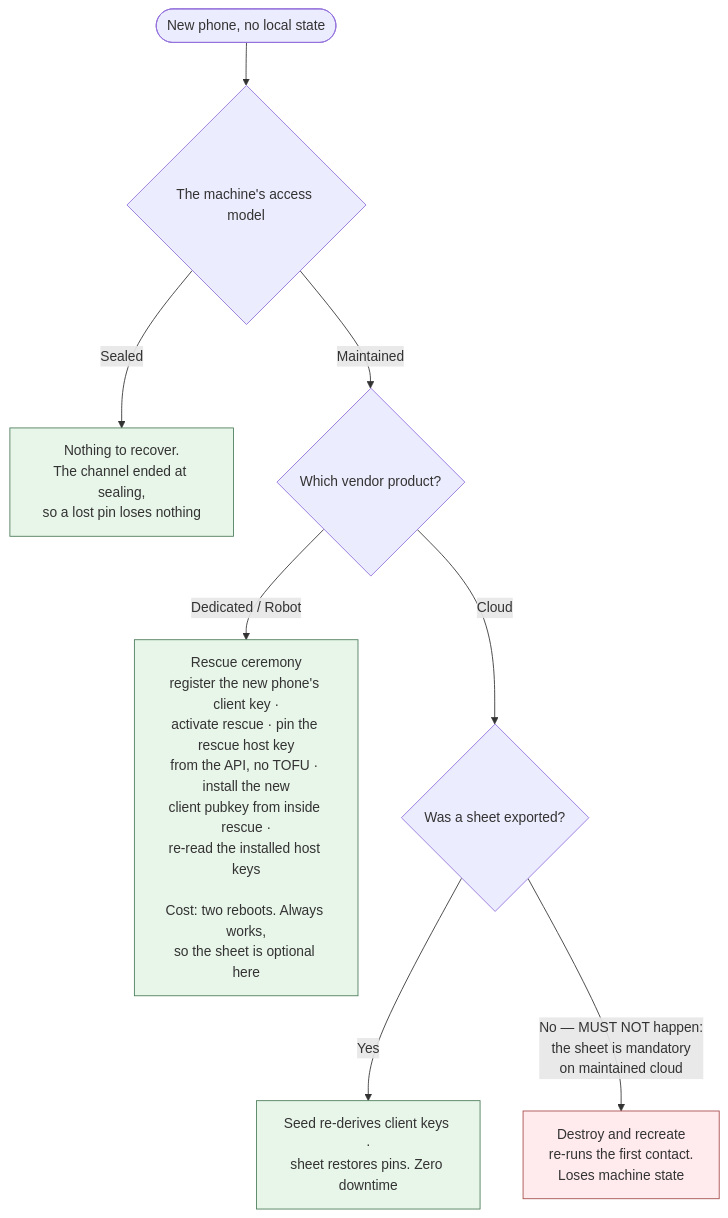
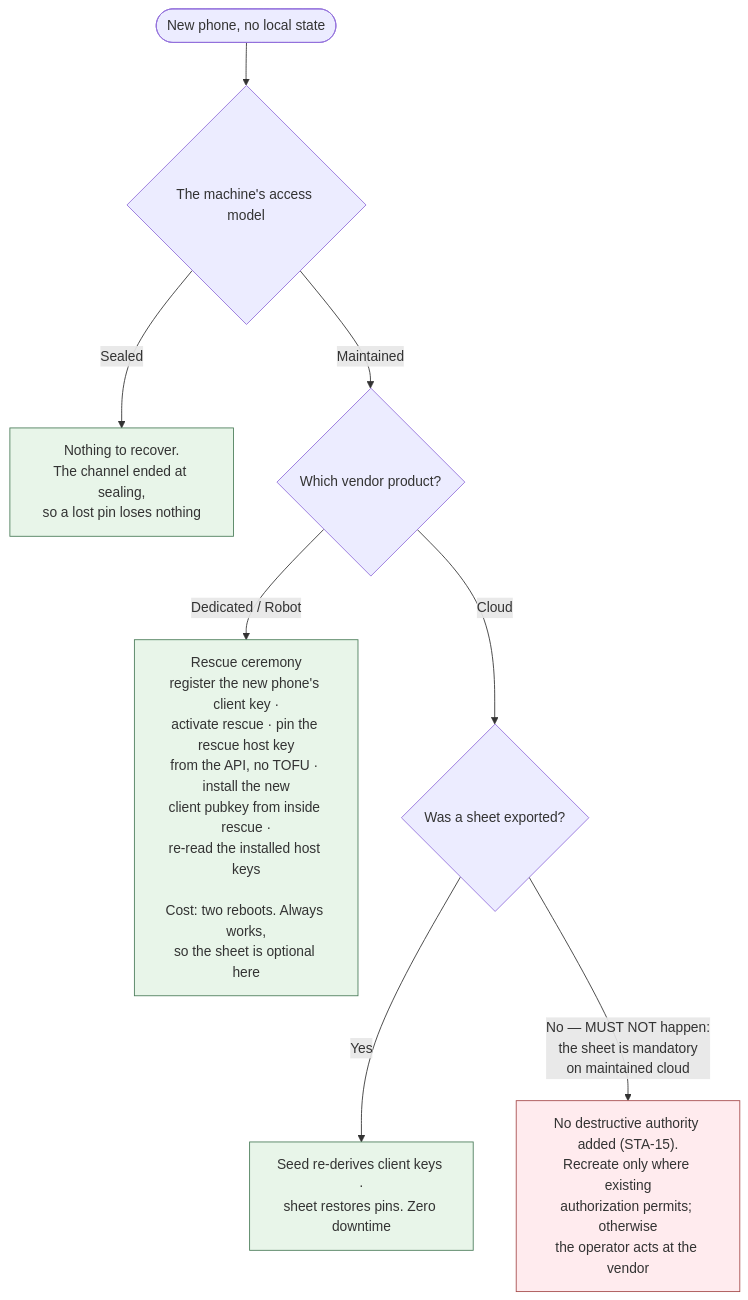
The diagram in 03-state-and-recovery.md (douglaz/tau-web-spec), drawn with Mermaid before and after one commit. The commit also changed other lines of this file and 6 other files, not shown here.

First line of the commit message:
fix(spec): split the sheetless recovery refusal from existing authority and cite deletion confirmation (tw-yhd)

````diff
--- a/03-state-and-recovery.md
+++ b/03-state-and-recovery.md
@@ -1174,14 +1173,14 @@
 ```mermaid
 flowchart TD
     LOST([New phone, no local state]) --> AM{The machine's access model}
     AM -->|Sealed| SEALED["Nothing to recover.<br/>The channel ended at sealing,<br/>so a lost pin loses nothing"]
     AM -->|Maintained| VEND{Which vendor product?}
     VEND -->|Dedicated / Robot| CER["Rescue ceremony<br/>register the new phone's client key ·<br/>activate rescue · pin the rescue host key<br/>from the API, no TOFU · install the new<br/>client pubkey from inside rescue ·<br/>re-read the installed host keys<br/><br/>Cost: two reboots. Always works,<br/>so the sheet is optional here"]
     VEND -->|Cloud| SHEET{Was a sheet exported?}
     SHEET -->|Yes| ZERO["Seed re-derives client keys ·<br/>sheet restores pins. Zero downtime"]
-    SHEET -->|"No — MUST NOT happen:<br/>the sheet is mandatory<br/>on maintained cloud"| DR["Destroy and recreate<br/>re-runs the first contact.<br/>Loses machine state"]
+    SHEET -->|"No — MUST NOT happen:<br/>the sheet is mandatory<br/>on maintained cloud"| DR["No destructive authority added (STA-15).<br/>Recreate only where existing<br/>authorization permits; otherwise<br/>the operator acts at the vendor"]
     classDef good fill:#e8f5e9,stroke:#4a7c59
     classDef bad fill:#ffebee,stroke:#a54a4a
     class SEALED,CER,ZERO good
     class DR bad
 ```
````
